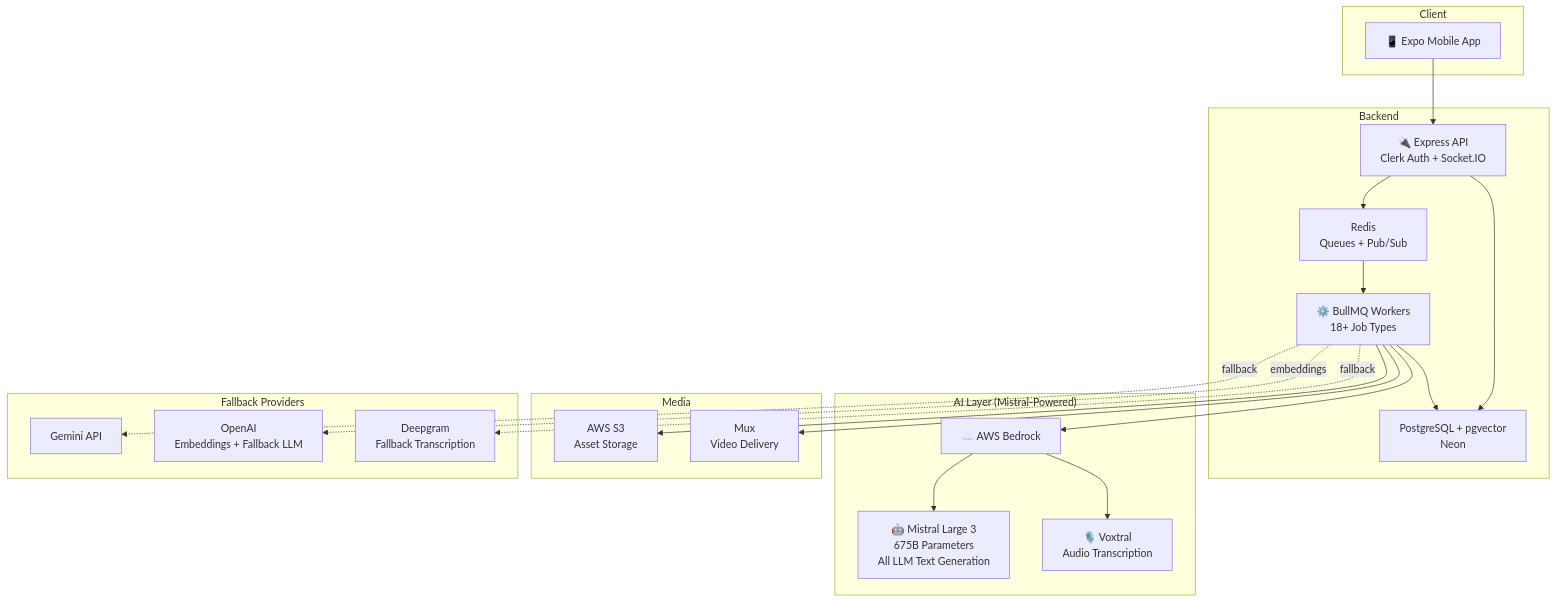
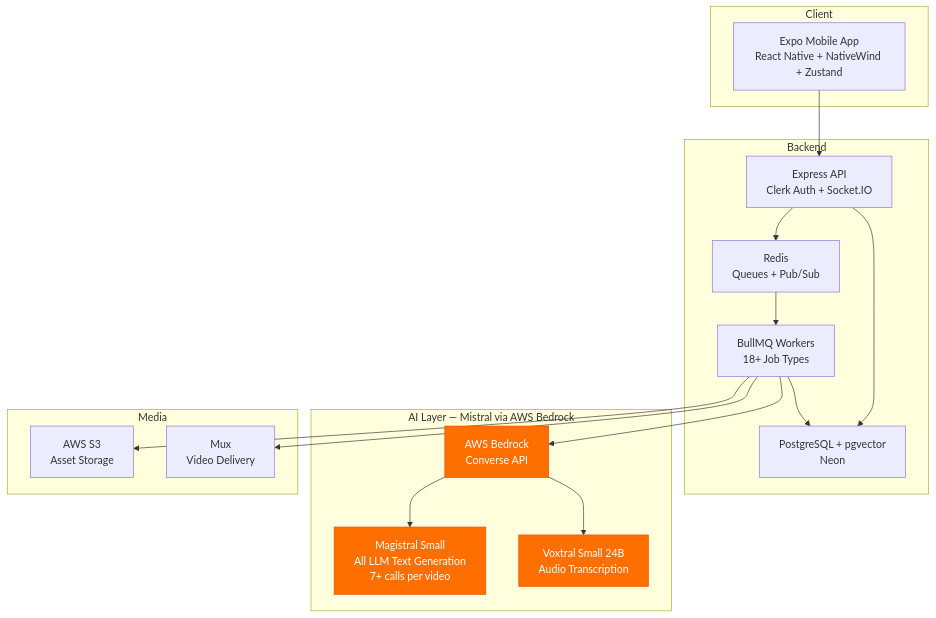
Before and after one commit to Hamza-Rivon/webl-hackathon: the third of 4 diagrams in README.md, drawn with Mermaid. The commit also changed other lines of this file and 82 other files, not shown here.

Commit message:
Update architecture documentation to reflect changes in AI model usages. Introduce PITCH.md for project overview and objectives, detailing the AI video editing platform's capabilities and workflow.

````diff
--- a/README.md
+++ b/README.md
@@ -21,43 +121,38 @@
 ```mermaid
 flowchart TB
     subgraph "Client"
-        Mobile["📱 Expo Mobile App"]
+        Mobile["Expo Mobile App\nReact Native + NativeWind + Zustand"]
     end
 
     subgraph "Backend"
-        API["🔌 Express API\nClerk Auth + Socket.IO"]
-        Workers["⚙️ BullMQ Workers\n18+ Job Types"]
+        API["Express API\nClerk Auth + Socket.IO"]
+        Workers["BullMQ Workers\n18+ Job Types"]
         Redis["Redis\nQueues + Pub/Sub"]
         DB["PostgreSQL + pgvector\nNeon"]
     end
 
-    subgraph "AI Layer (Mistral-Powered)"
-        Bedrock["☁️ AWS Bedrock"]
-        ML3["🤖 Mistral Large 3\n675B Parameters\nAll LLM Text Generation"]
-        VX["🎙️ Voxtral\nAudio Transcription"]
+    subgraph "AI Layer — Mistral via AWS Bedrock"
+        Bedrock["AWS Bedrock\nConverse API"]
+        MS["Magistral Small\nAll LLM Text Generation\n7+ calls per video"]
+        VX["Voxtral Small 24B\nAudio Transcription"]
     end
 
     subgraph "Media"
         S3["AWS S3\nAsset Storage"]
         Mux["Mux\nVideo Delivery"]
     end
 
-    subgraph "Fallback Providers"
-        Gemini["Gemini API"]
-        OpenAI["OpenAI\nEmbeddings + Fallback LLM"]
-        Deepgram["Deepgram\nFallback Transcription"]
-    end
-
     Mobile --> API
     API --> Redis --> Workers
     API --> DB
     Workers --> DB
     Workers --> Bedrock
-    Bedrock --> ML3
+    Bedrock --> MS
     Bedrock --> VX
     Workers --> S3
     Workers --> Mux
-    Workers -.->|fallback| Gemini
-    Workers -.->|embeddings| OpenAI
-    Workers -.->|fallback| Deepgram
+
+    style Bedrock fill:#ff6f00,stroke:#e65100,color:#fff
+    style MS fill:#ff6f00,stroke:#e65100,color:#fff
+    style VX fill:#ff6f00,stroke:#e65100,color:#fff
 ```
````
